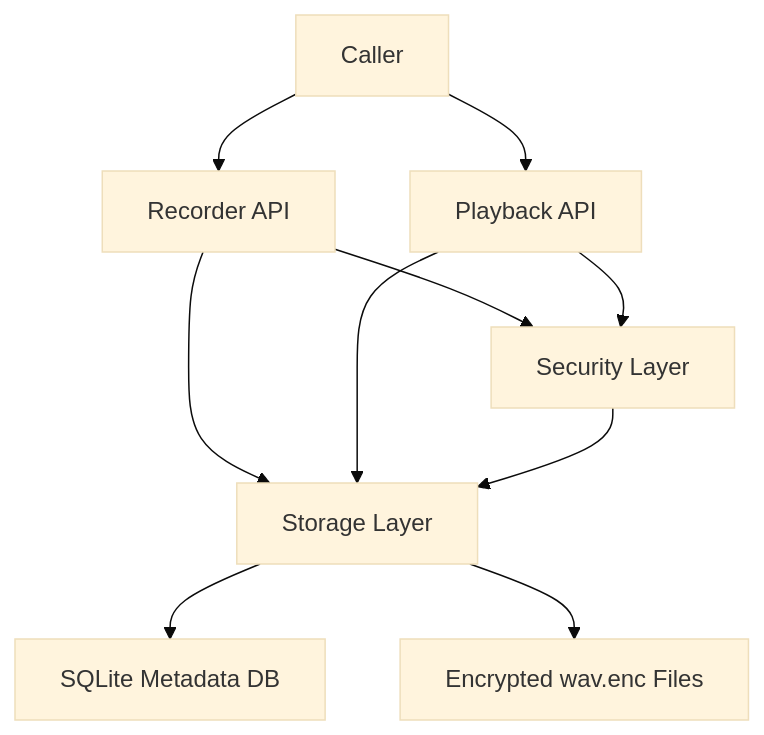
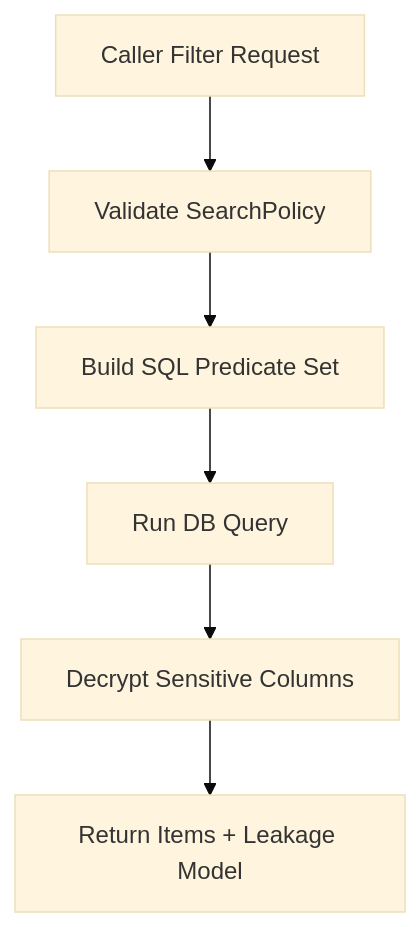
Before and after one commit to hkevin01/securemeet: the third of 5 diagrams in README.md, drawn with Mermaid (base theme). The commit also changed other lines of this file, not shown here.

````diff
--- a/README.md
+++ b/README.md
@@ -113,12 +210,8 @@
 ```mermaid
 flowchart TD
-    A[Caller] --> B[Recorder API]
-    A --> C[Playback API]
-    B --> D[Security Layer]
-    B --> E[Storage Layer]
-    C --> D
-    C --> E
-    E --> F[SQLite Metadata DB]
-    E --> G[Encrypted wav.enc Files]
-    D --> E
+    A[Caller Filter Request] --> B[Validate SearchPolicy]
+    B --> C[Build SQL Predicate Set]
+    C --> D[Run DB Query]
+    D --> E[Decrypt Sensitive Columns]
+    E --> F[Return Items + Leakage Model]
 ```
````
